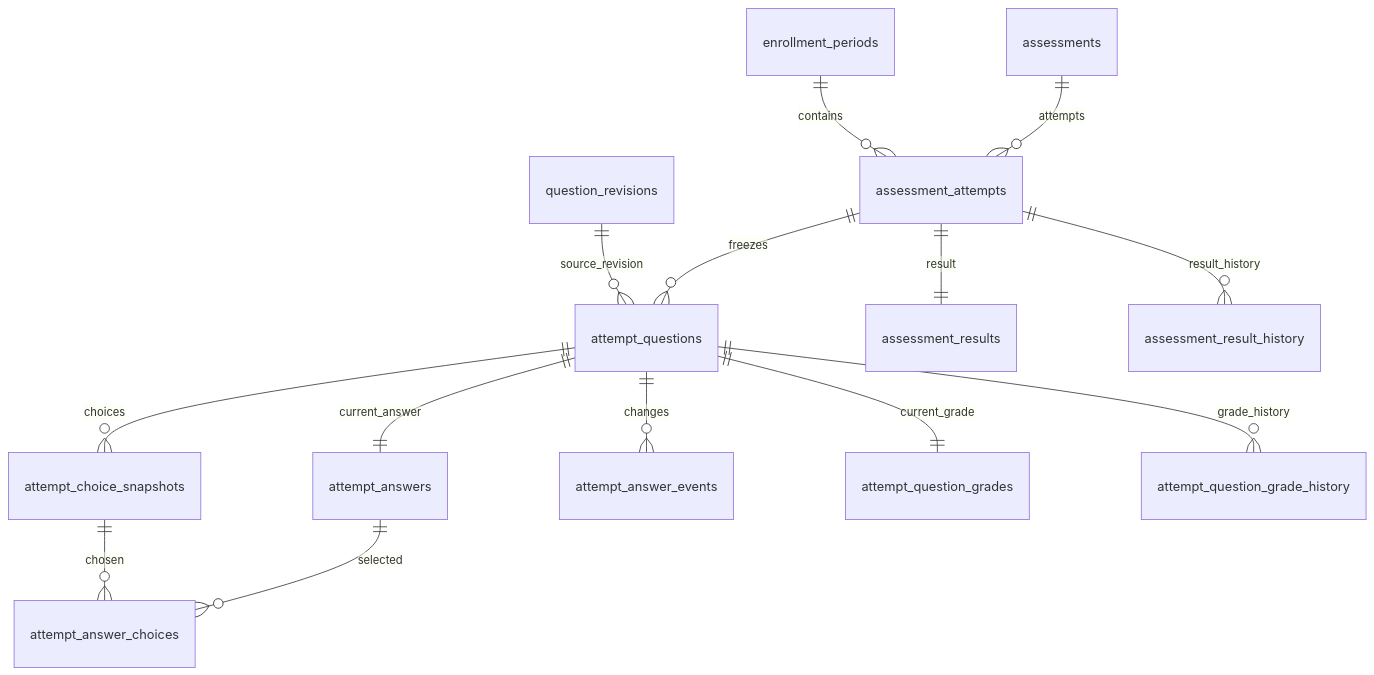
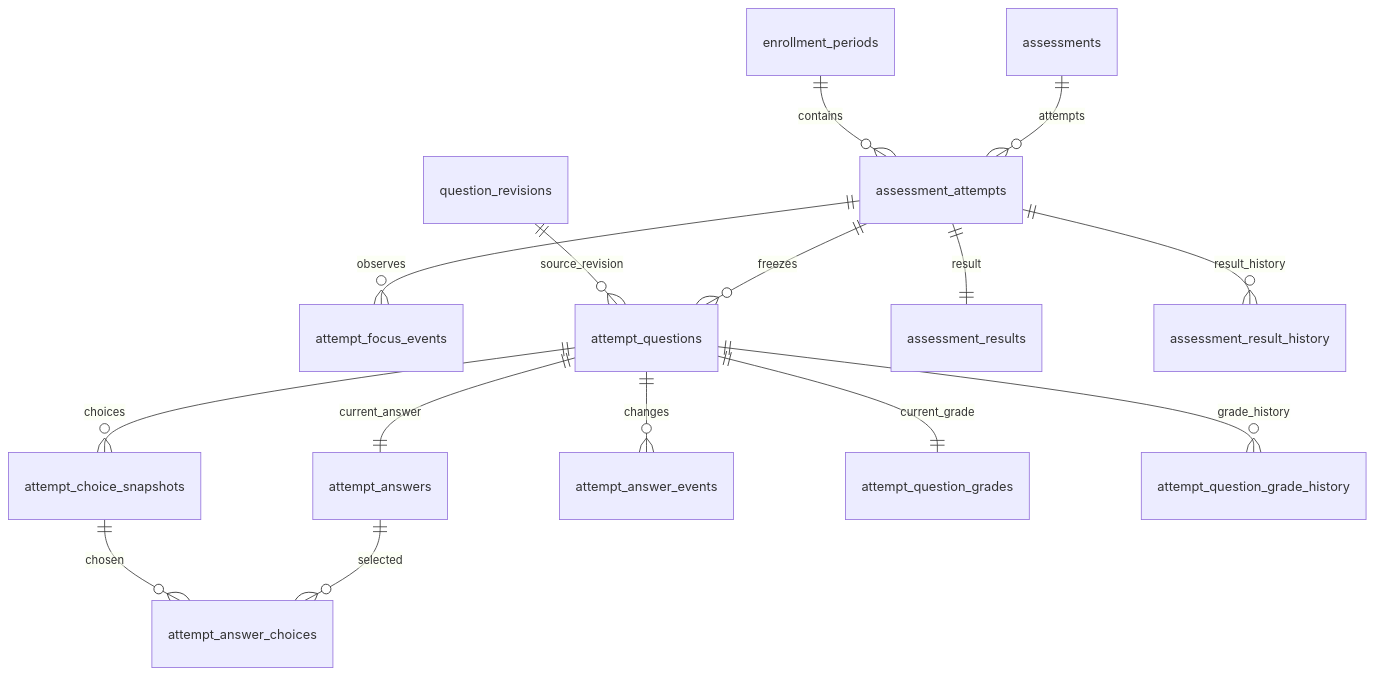
One commit to concatapchay123/PWD301 changed the sixth of 10 diagrams in docs/database/PWD301_DATABASE_ARCHITECTURE/03_ERD.md. Above: the diagram before and after it, drawn with Mermaid. The commit also changed other lines of this file and 85 other files, not shown here.

````diff
--- a/docs/database/PWD301_DATABASE_ARCHITECTURE/03_ERD.md
+++ b/docs/database/PWD301_DATABASE_ARCHITECTURE/03_ERD.md
@@ -93,16 +96,17 @@
 ```mermaid
 erDiagram
     assessments ||--o{ assessment_attempts : attempts
+    assessment_attempts ||--o{ attempt_focus_events : observes
     enrollment_periods ||--o{ assessment_attempts : contains
     assessment_attempts ||--o{ attempt_questions : freezes
     question_revisions ||--o{ attempt_questions : source_revision
     attempt_questions ||--o{ attempt_choice_snapshots : choices
     attempt_questions ||--|| attempt_answers : current_answer
     attempt_answers ||--o{ attempt_answer_choices : selected
     attempt_choice_snapshots ||--o{ attempt_answer_choices : chosen
     attempt_questions ||--o{ attempt_answer_events : changes
     attempt_questions ||--|| attempt_question_grades : current_grade
     attempt_questions ||--o{ attempt_question_grade_history : grade_history
     assessment_attempts ||--|| assessment_results : result
     assessment_attempts ||--o{ assessment_result_history : result_history
 ```
````
